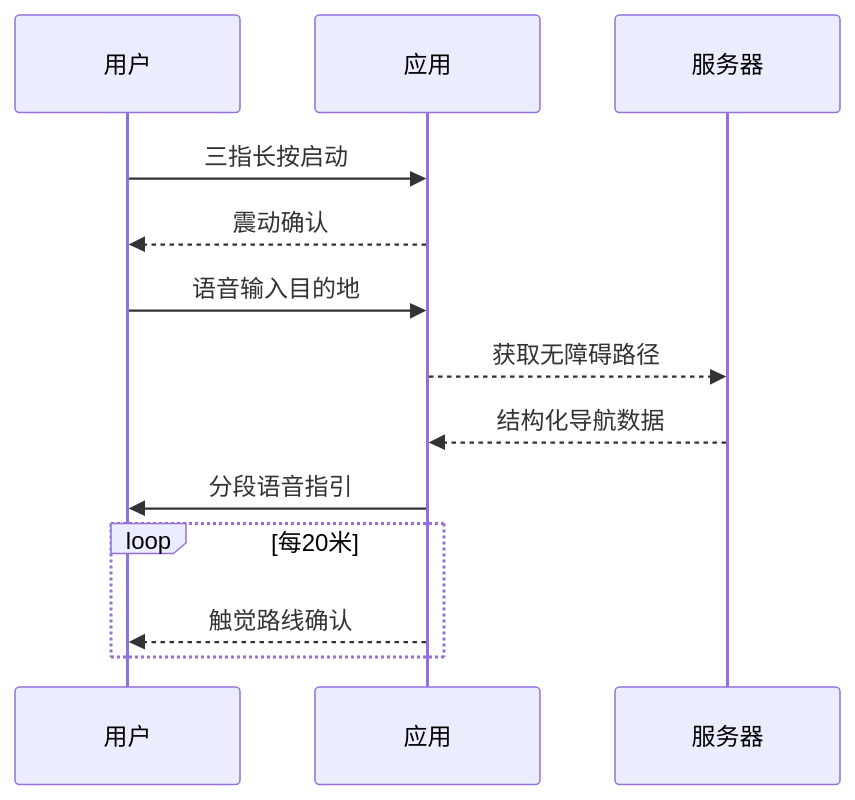
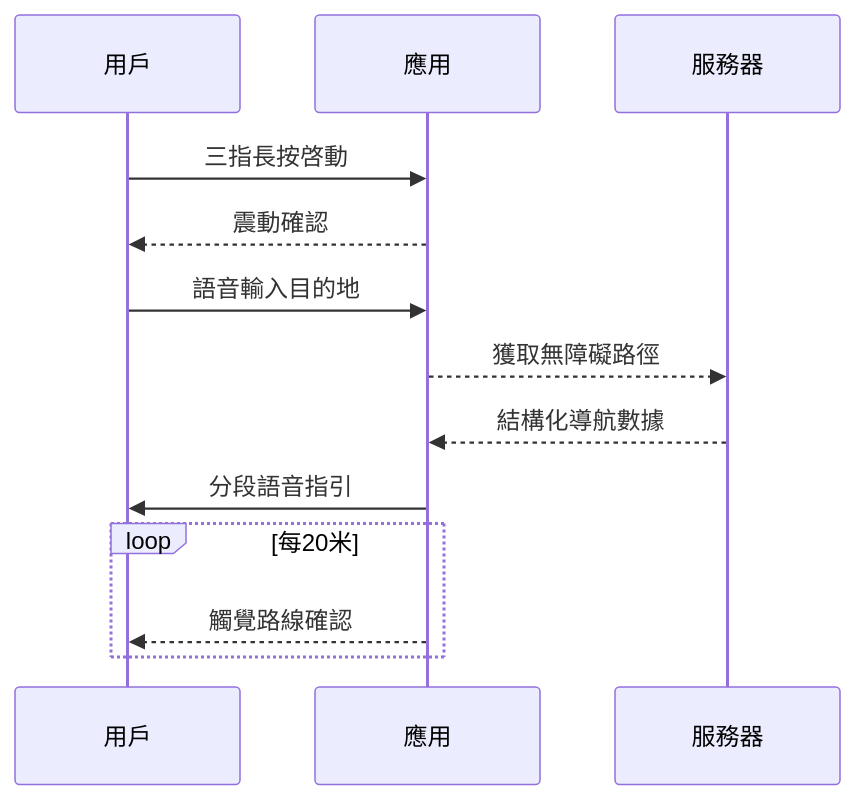
One commit to kch0i/Invisible_Travel changed the fourth of 4 diagrams in README.md. Above: the diagram before and after it, drawn with Mermaid. The commit also changed other lines of this file and 1 other file, not shown here.

````diff
--- a/README.md
+++ b/README.md
@@ -178,12 +178,12 @@
 ```mermaid
 sequenceDiagram
-    用户->>应用: 三指长按启动
-    应用-->>用户: 震动确认
-    用户->>应用: 语音输入目的地
-    应用-->>服务器: 获取无障碍路径
-    服务器-->>应用: 结构化导航数据
-    应用->>用户: 分段语音指引
+    用戶->>應用: 三指長按啓動
+    應用-->>用戶: 震動確認
+    用戶->>應用: 語音輸入目的地
+    應用-->>服務器: 獲取無障礙路徑
+    服務器-->>應用: 結構化導航數據
+    應用->>用戶: 分段語音指引
     loop 每20米
-        应用-->>用户: 触觉路线确认
+        應用-->>用戶: 觸覺路線確認
     end
 ```
````
